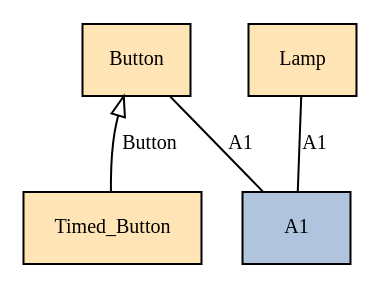
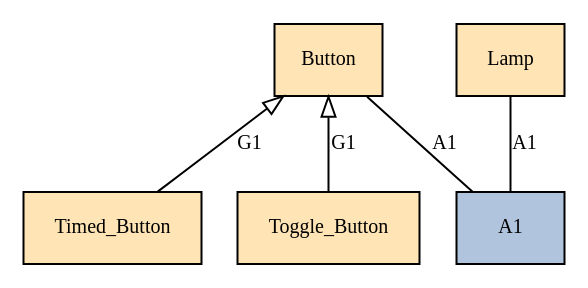
One commit to simonjwright/coldframe changed the diagram in House_Management.images/House_Management.overall.dot. Above: the diagram before and after it, drawn with Graphviz. The commit also changed 47 other files, not shown here.

```diff
--- a/House_Management.images/House_Management.overall.dot
+++ b/House_Management.images/House_Management.overall.dot
@@ -1,13 +1,15 @@
 
       digraph "overall" {
       edge [fontsize=10];
       node [shape=record, style=filled, fillcolor=moccasin, fontsize=10];
       A1 [fillcolor=lightsteelblue, URL="#A1"]
 Button [URL="#Button"]
 Lamp [URL="#Lamp"]
 Timed_Button [URL="#Timed_Button"]
+Toggle_Button [URL="#Toggle_Button"]
 Lamp -> A1 [label="A1", arrowhead=none, URL="#A1"]
 Button -> A1 [label="A1", arrowhead=none, URL="#A1"]
-Button -> Timed_Button [label="Button", dir=back, arrowhead=none, arrowtail=onormal, URL="#Button"]
+Button -> Timed_Button [label="G1", dir=back, arrowhead=none, arrowtail=onormal, URL="#G1"]
+Button -> Toggle_Button [label="G1", dir=back, arrowhead=none, arrowtail=onormal, URL="#G1"]
 
       }
```
